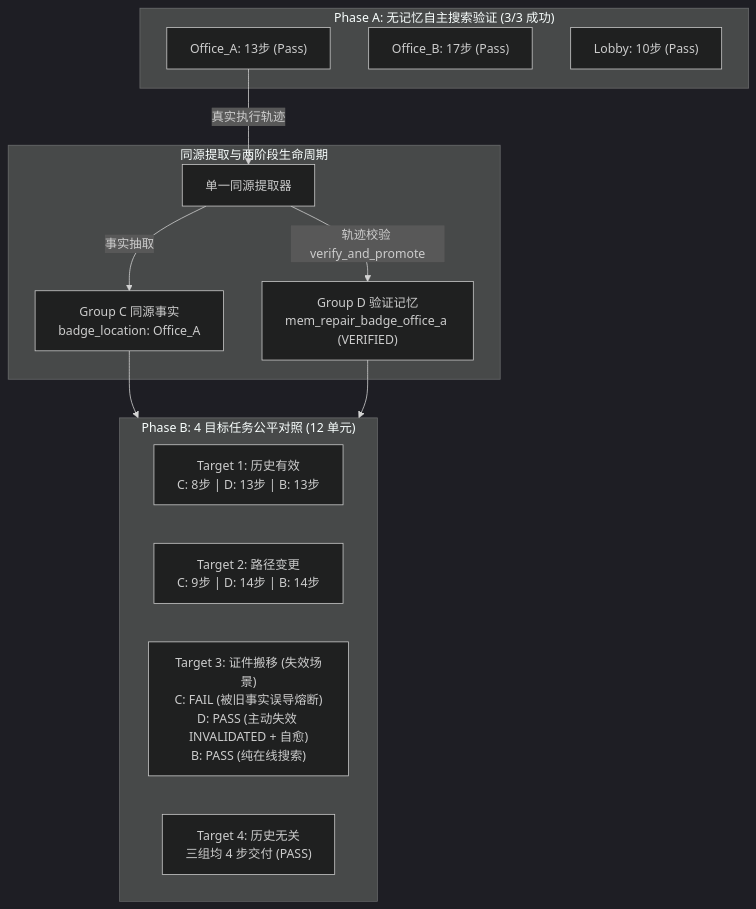
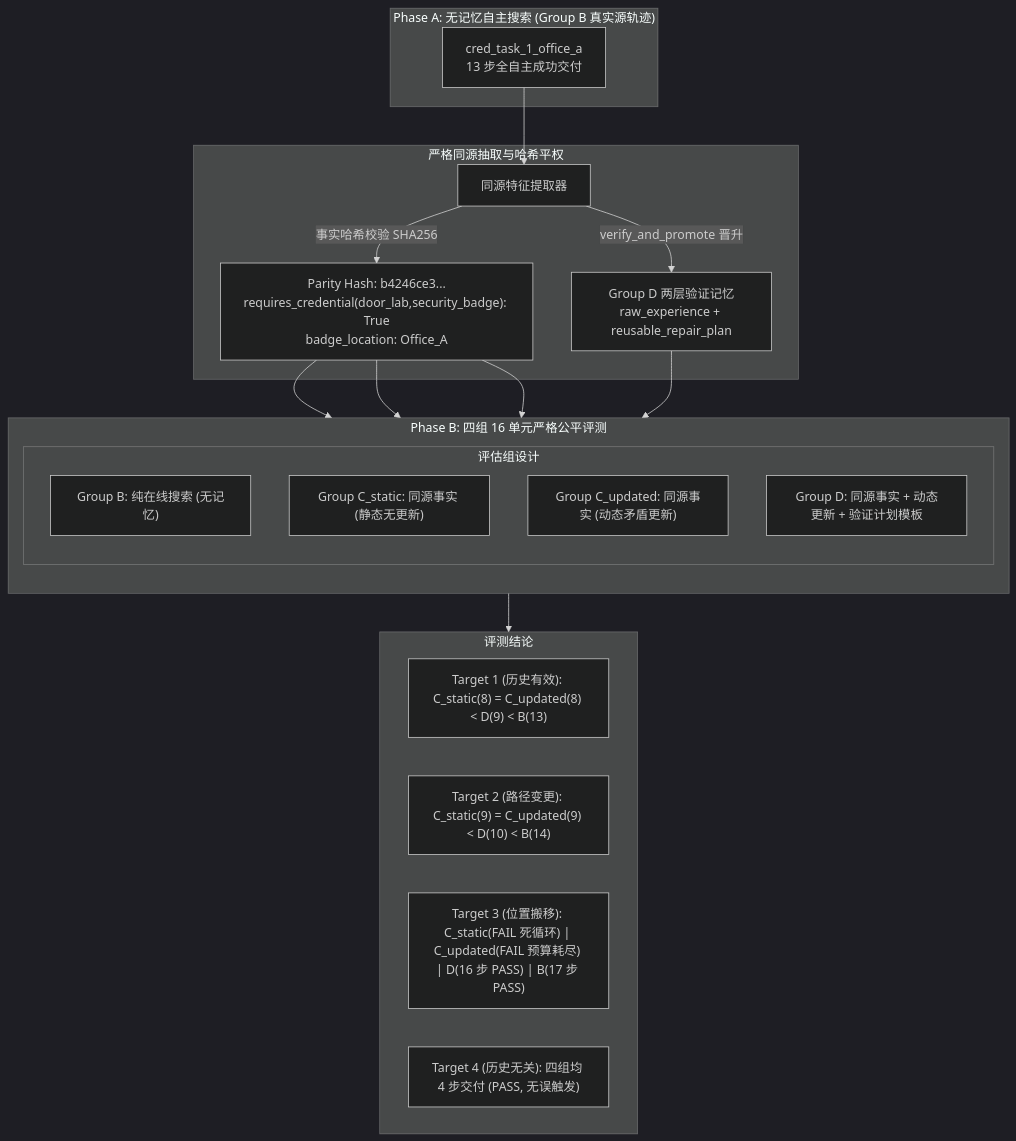
Before and after one commit to JingAo-Shen/failmem-ros2-agent: the diagram in research/agent_task_repair/pilot_report.md, drawn with Mermaid (dark theme). The commit also changed other lines of this file and 9 other files, not shown here.

Commit message:
feat(agent_task_repair): implement two-layer memory representation and complete 16-run fair comparison benchmark

````diff
--- a/research/agent_task_repair/pilot_report.md
+++ b/research/agent_task_repair/pilot_report.md
@@ -40,24 +34,35 @@
 ```mermaid
 flowchart TD
-    subgraph P1["Phase A: 无记忆自主搜索验证 (3/3 成功)"]
-        T1["Office_A: 13步 (Pass)"]
-        T2["Office_B: 17步 (Pass)"]
-        T3["Lobby: 10步 (Pass)"]
+    subgraph S1["Phase A: 无记忆自主搜索 (Group B 真实源轨迹)"]
+        SrcRun["cred_task_1_office_a<br/>13 步全自主成功交付"]
     end
 
-    subgraph P2["同源提取与两阶段生命周期"]
-        T1 -->|真实执行轨迹| Ext["单一同源提取器"]
-        Ext -->|事实抽取| Fact["Group C 同源事实<br/>badge_location: Office_A"]
-        Ext -->|轨迹校验 verify_and_promote| Mem["Group D 验证记忆<br/>mem_repair_badge_office_a (VERIFIED)"]
+    subgraph S2["严格同源抽取与哈希平权"]
+        SrcRun --> Ext["同源特征提取器"]
+        Ext -->|事实哈希校验 SHA256| Parity["Parity Hash: b4246ce3...<br/>requires_credential(door_lab,security_badge): True<br/>badge_location: Office_A"]
+        Ext -->|verify_and_promote 晋升| DMem["Group D 两层验证记忆<br/>raw_experience + reusable_repair_plan"]
     end
 
-    subgraph P3["Phase B: 4 目标任务公平对照 (12 单元)"]
-        Tar1["Target 1: 历史有效<br/>C: 8步 | D: 13步 | B: 13步"]
-        Tar2["Target 2: 路径变更<br/>C: 9步 | D: 14步 | B: 14步"]
-        Tar3["Target 3: 证件搬移 (失效场景)<br/>C: FAIL (被旧事实误导熔断)<br/>D: PASS (主动失效 INVALIDATED + 自愈)<br/>B: PASS (纯在线搜索)"]
-        Tar4["Target 4: 历史无关<br/>三组均 4 步交付 (PASS)"]
+    subgraph S3["Phase B: 四组 16 单元严格公平评测"]
+        direction TB
+        subgraph Grp["评估组设计"]
+            GB["Group B: 纯在线搜索 (无记忆)"]
+            GCs["Group C_static: 同源事实 (静态无更新)"]
+            GCu["Group C_updated: 同源事实 (动态矛盾更新)"]
+            GD["Group D: 同源事实 + 动态更新 + 验证计划模板"]
+        end
+        Parity --> GCs
+        Parity --> GCu
+        Parity --> GD
+        DMem --> GD
     end
 
-    Fact --> P3
-    Mem --> P3
+    subgraph S4["评测结论"]
+        T1["Target 1 (历史有效): C_static(8) = C_updated(8) < D(9) < B(13)"]
+        T2["Target 2 (路径变更): C_static(9) = C_updated(9) < D(10) < B(14)"]
+        T3["Target 3 (位置搬移): C_static(FAIL 死循环) | C_updated(FAIL 预算耗尽) | D(16 步 PASS) | B(17 步 PASS)"]
+        T4["Target 4 (历史无关): 四组均 4 步交付 (PASS, 无误触发)"]
+    end
+
+    S3 --> S4
 ```
````
